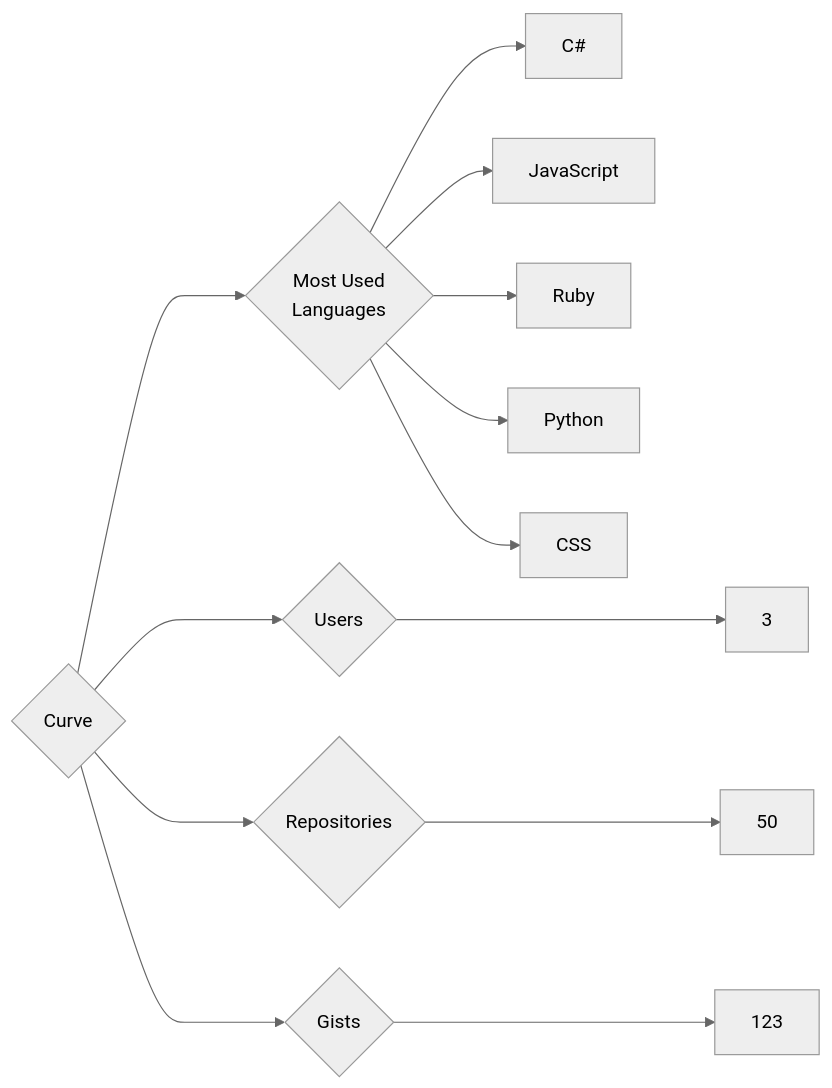
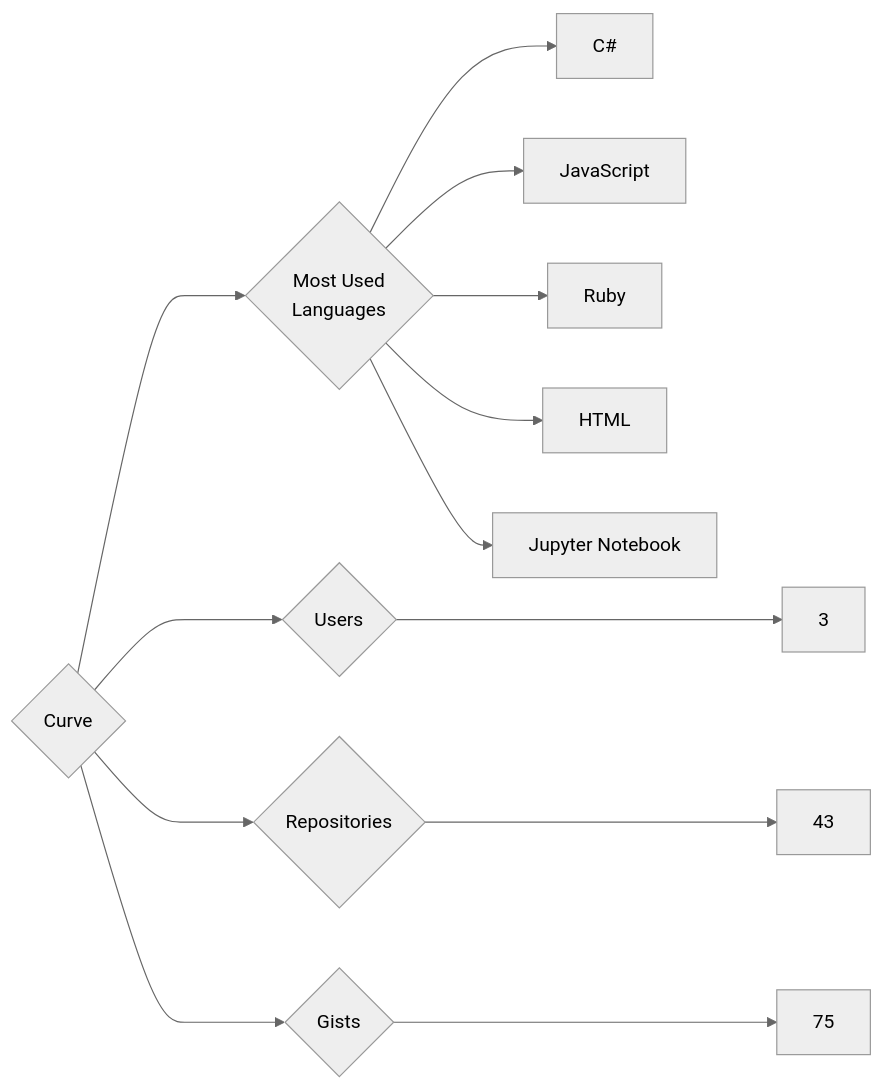
Before and after one commit to trickest/insiders: the diagram in targets/Curve/README.md, drawn with Mermaid (neutral theme). The commit also changed 1020 other files, not shown here.

````diff
--- a/targets/Curve/README.md
+++ b/targets/Curve/README.md
@@ -3,13 +3,13 @@
 ```mermaid
 graph LR
 COMPANY_NAME{Curve}
 COMPANY_NAME ---> U{Users} ---> UN[3]
-COMPANY_NAME ---> R{Repositories} ---> RN[50]
-COMPANY_NAME ---> G{Gists} ---> GN[123]
+COMPANY_NAME ---> R{Repositories} ---> RN[43]
+COMPANY_NAME ---> G{Gists} ---> GN[75]
 COMPANY_NAME ---> ML{Most Used<br>Languages}
 ML --> C#[C#]
 ML --> JavaScript[JavaScript]
 ML --> Ruby[Ruby]
-ML --> Python[Python]
-ML --> CSS[CSS]
+ML --> HTML[HTML]
+ML --> Jupyter_Notebook[Jupyter Notebook]
 ```
````
